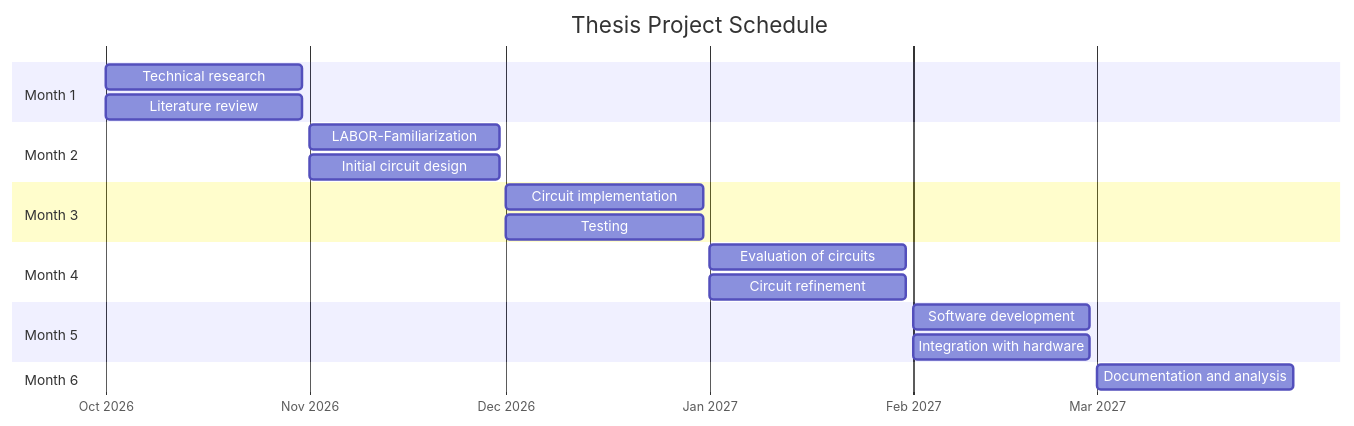
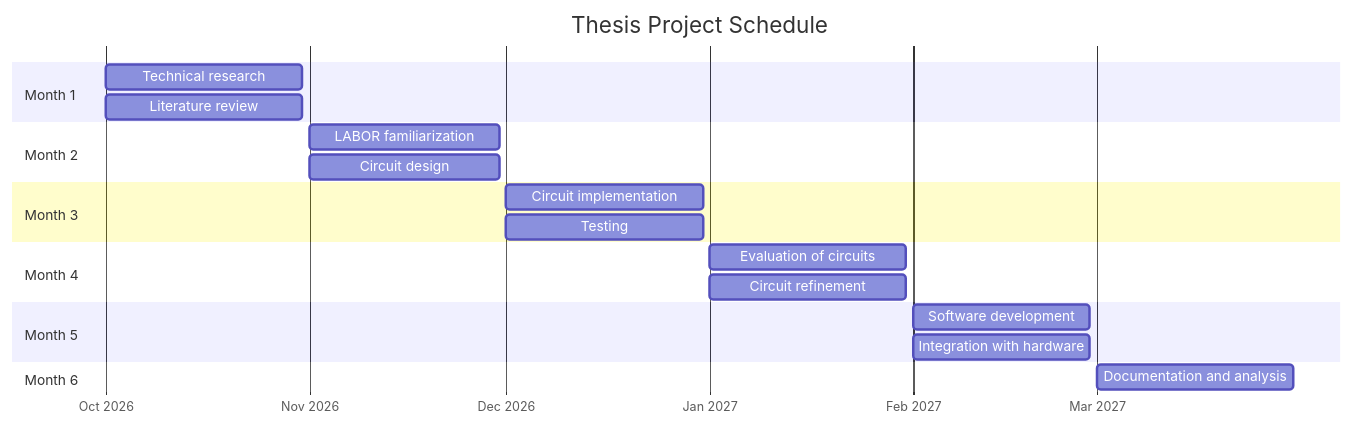
The diagram in anu-thesis/chapter1.qmd (psai-harshita/MasterarbeitSynthCkts), drawn with Mermaid before and after one commit. The commit also changed other lines of this file and 22 other files, not shown here.

````diff
--- a/anu-thesis/chapter1.qmd
+++ b/anu-thesis/chapter1.qmd
@@ -124,33 +127,33 @@
 ```{mermaid}
 %%| label: fig-gantt
 %%| fig-cap: "Project timeline of the thesis work"
 gantt
     title Thesis Project Schedule
     dateFormat  YYYY-MM-DD
     axisFormat  %b %Y
     todayMarker off
 
     section Month 1
     Technical research    :a1, 2026-10-01, 2026-10-31
     Literature review     :a2, 2026-10-01, 2026-10-31
 
     section Month 2
-    LABOR-Familiarization           :b1, 2026-11-01, 2026-11-30
-    Initial circuit design          :b2, 2026-11-01, 2026-11-30
+    LABOR familiarization      :b1, 2026-11-01, 2026-11-30
+    Circuit design             :b2, 2026-11-01, 2026-11-30
 
     section Month 3
-    Circuit implementation              :c1, 2026-12-01, 2026-12-31
-    Testing                             :c2, 2026-12-01, 2026-12-31
+    Circuit implementation        :c1, 2026-12-01, 2026-12-31
+    Testing                    :c2, 2026-12-01, 2026-12-31
 
     section Month 4    
-    Evaluation of circuits                  :d1, 2027-01-01, 2027-01-31                    
-    Circuit refinement                      :d1, 2027-01-01, 2027-01-31
+    Evaluation of circuits       :d1, 2027-01-01, 2027-01-31                    
+    Circuit refinement            :d2, 2027-01-01, 2027-01-31
     
 
     section Month 5
     Software development                 :e1, 2027-02-01, 2027-02-28
     Integration with hardware           :e2, 2027-02-01, 2027-02-28
 
     section Month 6
     Documentation and analysis                    :f1, 2027-03-01, 2027-03-31
 ```
````
